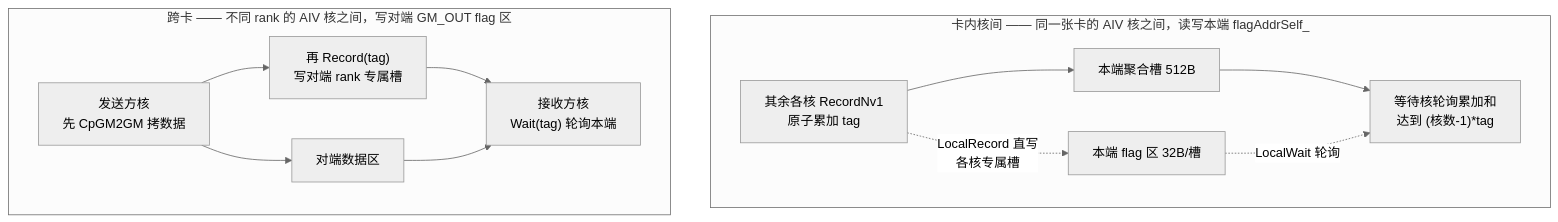
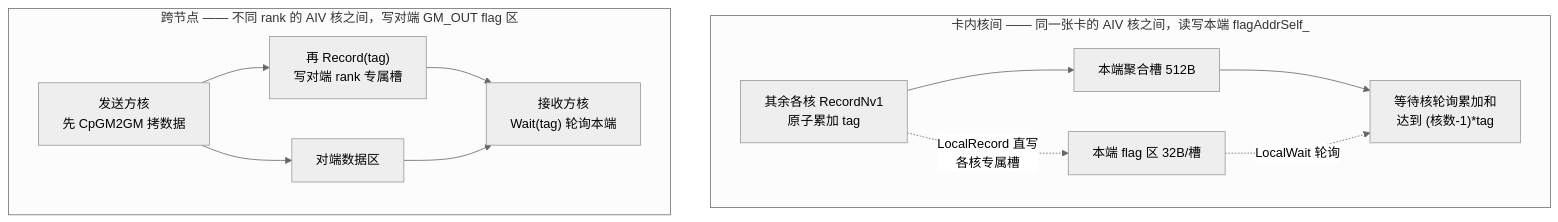
The first of 3 diagrams in docs/310p/hcomm-GM标志消息同步机制.md (10wvw01/memfabric_hybrid), drawn with Mermaid (neutral theme) before and after one commit. The commit also changed other lines of this file, not shown here.

````diff
--- a/docs/310p/hcomm-GM标志消息同步机制.md
+++ b/docs/310p/hcomm-GM标志消息同步机制.md
@@ -57,15 +67,15 @@
 ```mermaid
 flowchart TB
     subgraph IN["卡内核间 —— 同一张卡的 AIV 核之间，读写本端 flagAddrSelf_"]
         I1["其余各核 RecordNv1<br/>原子累加 tag"] --> I2["本端聚合槽 512B"]
         I2 --> I3["等待核轮询累加和<br/>达到 (核数-1)*tag"]
         I1 -.->|"LocalRecord 直写<br/>各核专属槽"| I4["本端 flag 区 32B/槽"]
         I4 -.->|"LocalWait 轮询"| I3
     end
-    subgraph OUT["跨卡 —— 不同 rank 的 AIV 核之间，写对端 GM_OUT flag 区"]
+    subgraph OUT["跨节点 —— 不同 rank 的 AIV 核之间，写对端 GM_OUT flag 区"]
         O1["发送方核<br/>先 CpGM2GM 拷数据"] --> O3["对端数据区"]
         O1 --> O2["再 Record(tag)<br/>写对端 rank 专属槽"]
         O2 --> O4["接收方核<br/>Wait(tag) 轮询本端"]
         O3 --> O4
     end
 ```
````
